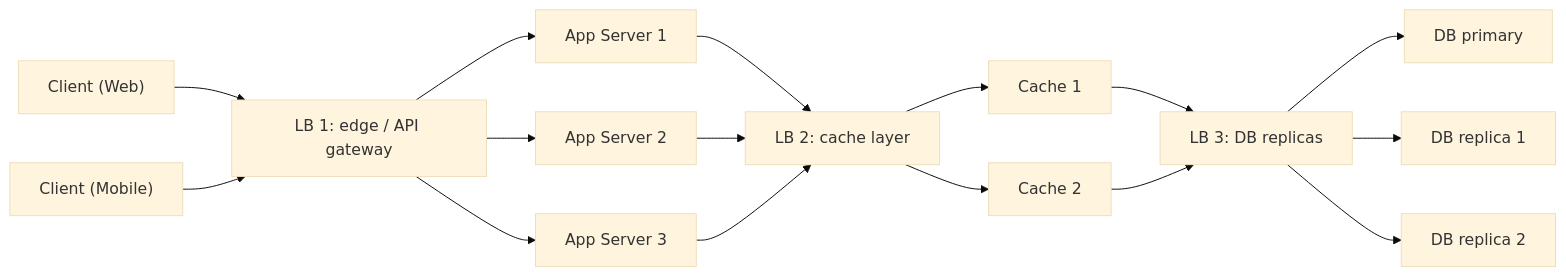
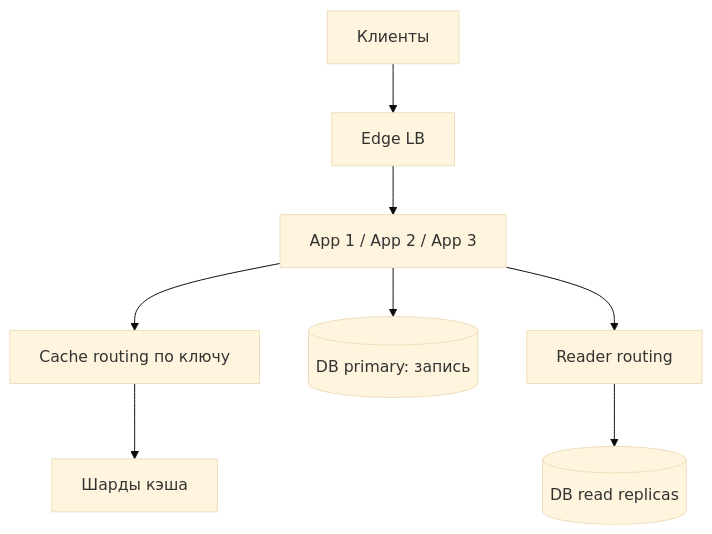
Before and after one commit to AlohaJava/system-design-interview-chamkin: the first of 5 diagrams in 01-building-blocks/load-balancing.md, drawn with Mermaid (base theme). The commit also changed other lines of this file and 49 other files, not shown here.

````diff
--- a/01-building-blocks/load-balancing.md
+++ b/01-building-blocks/load-balancing.md
@@ -51,18 +62,10 @@
 ```mermaid
-flowchart LR
-    C1["Client (Web)"] --> LB1
-    C2["Client (Mobile)"] --> LB1
-    LB1["LB 1: edge / API gateway"] --> A1["App Server 1"]
-    LB1 --> A2["App Server 2"]
-    LB1 --> A3["App Server 3"]
-    A1 --> LB2["LB 2: cache layer"]
-    A2 --> LB2
-    A3 --> LB2
-    LB2 --> K1["Cache 1"]
-    LB2 --> K2["Cache 2"]
-    K1 --> LB3["LB 3: DB replicas"]
-    K2 --> LB3
-    LB3 --> D1["DB primary"]
-    LB3 --> D2["DB replica 1"]
-    LB3 --> D3["DB replica 2"]
+flowchart TB
+    C["Клиенты"] --> E["Edge LB"]
+    E --> A["App 1 / App 2 / App 3"]
+    A --> K["Cache routing по ключу"]
+    K --> R["Шарды кэша"]
+    A --> W[("DB primary: запись")]
+    A --> P["Reader routing"]
+    P --> D[("DB read replicas")]
 ```
````
